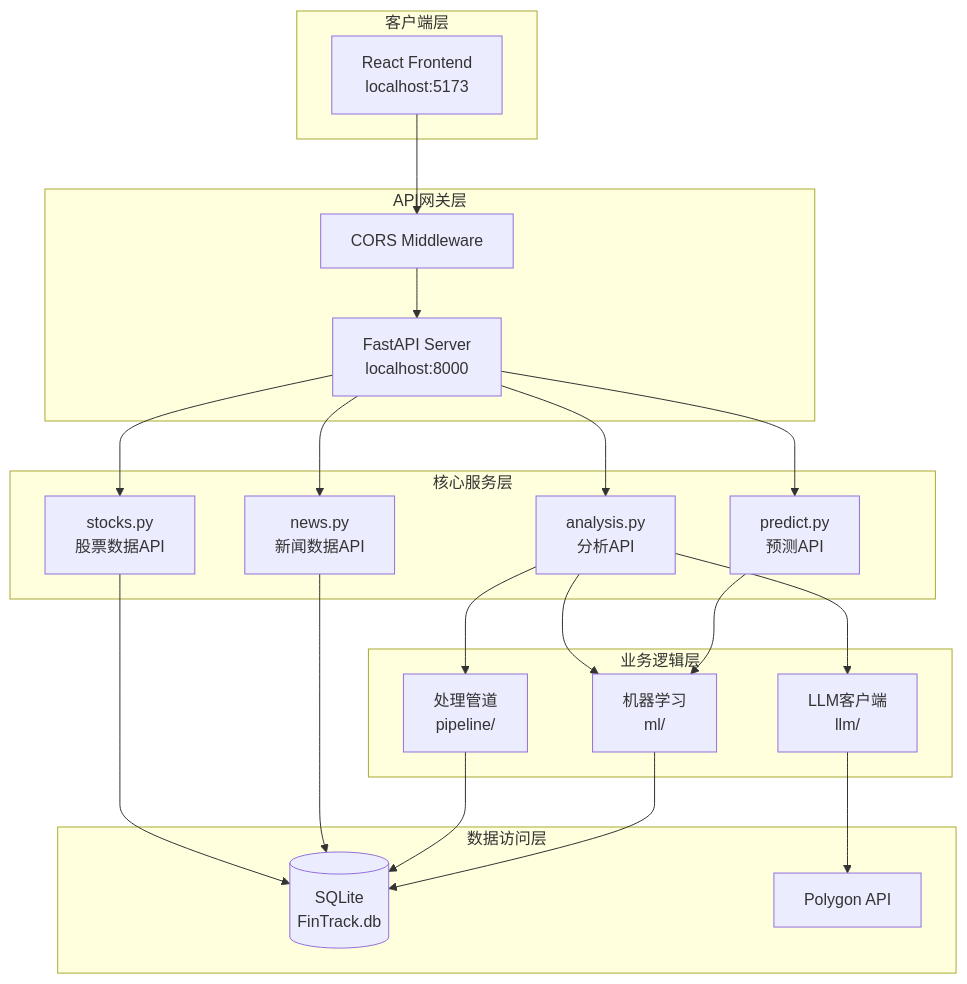
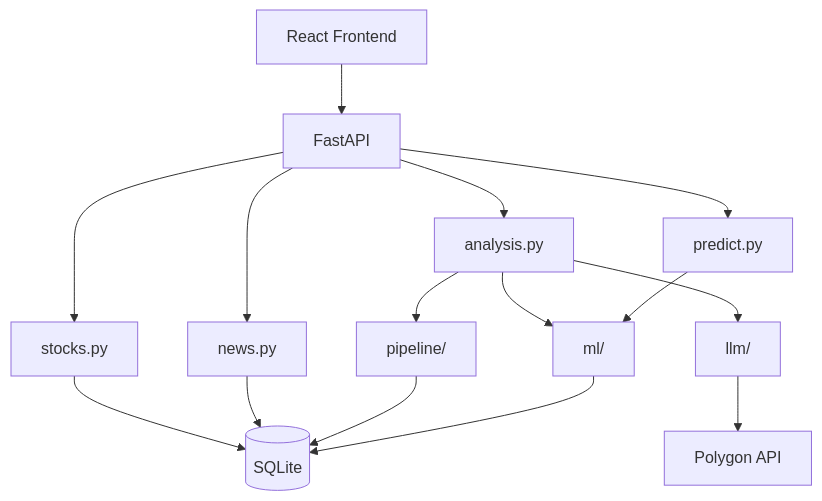
One commit to Chasen-Liao/FinTrack changed the second of 3 diagrams in README.md. Above: the diagram before and after it, drawn with Mermaid. The commit also changed other lines of this file and 21 other files, not shown here.

````diff
--- a/README.md
+++ b/README.md
@@ -76,47 +38,17 @@
 ```mermaid
 flowchart TB
-    subgraph 客户端层
-        UI[React Frontend<br/>localhost:5173]
-    end
-
-    subgraph API网关层
-        FAST[FastAPI Server<br/>localhost:8000]
-        CORS[CORS Middleware]
-    end
-
-    subgraph 核心服务层
-        STOCKS[stocks.py<br/>股票数据API]
-        NEWS[news.py<br/>新闻数据API]
-        ANALYSIS[analysis.py<br/>分析API]
-        PREDICT[predict.py<br/>预测API]
-    end
-
-    subgraph 业务逻辑层
-        PIPE[处理管道<br/>pipeline/]
-        ML[机器学习<br/>ml/]
-        LLM[LLM客户端<br/>llm/]
-    end
-
-    subgraph 数据访问层
-        DB[(SQLite<br/>FinTrack.db)]
-        POL[Polygon API]
-    end
-
-    UI --> CORS
-    CORS --> FAST
-    FAST --> STOCKS
-    FAST --> NEWS
-    FAST --> ANALYSIS
-    FAST --> PREDICT
-
-    STOCKS --> DB
+    UI[React Frontend] --> FAST[FastAPI]
+    FAST --> STOCKS[stocks.py]
+    FAST --> NEWS[news.py]
+    FAST --> ANALYSIS[analysis.py]
+    FAST --> PREDICT[predict.py]
+    STOCKS --> DB[(SQLite)]
     NEWS --> DB
-    ANALYSIS --> PIPE
-    ANALYSIS --> ML
-    ANALYSIS --> LLM
+    ANALYSIS --> PIPE[pipeline/]
+    ANALYSIS --> ML[ml/]
+    ANALYSIS --> LLM[llm/]
     PREDICT --> ML
-
     PIPE --> DB
-    LLM --> POL
+    LLM --> POL[Polygon API]
     ML --> DB
 ```
````
